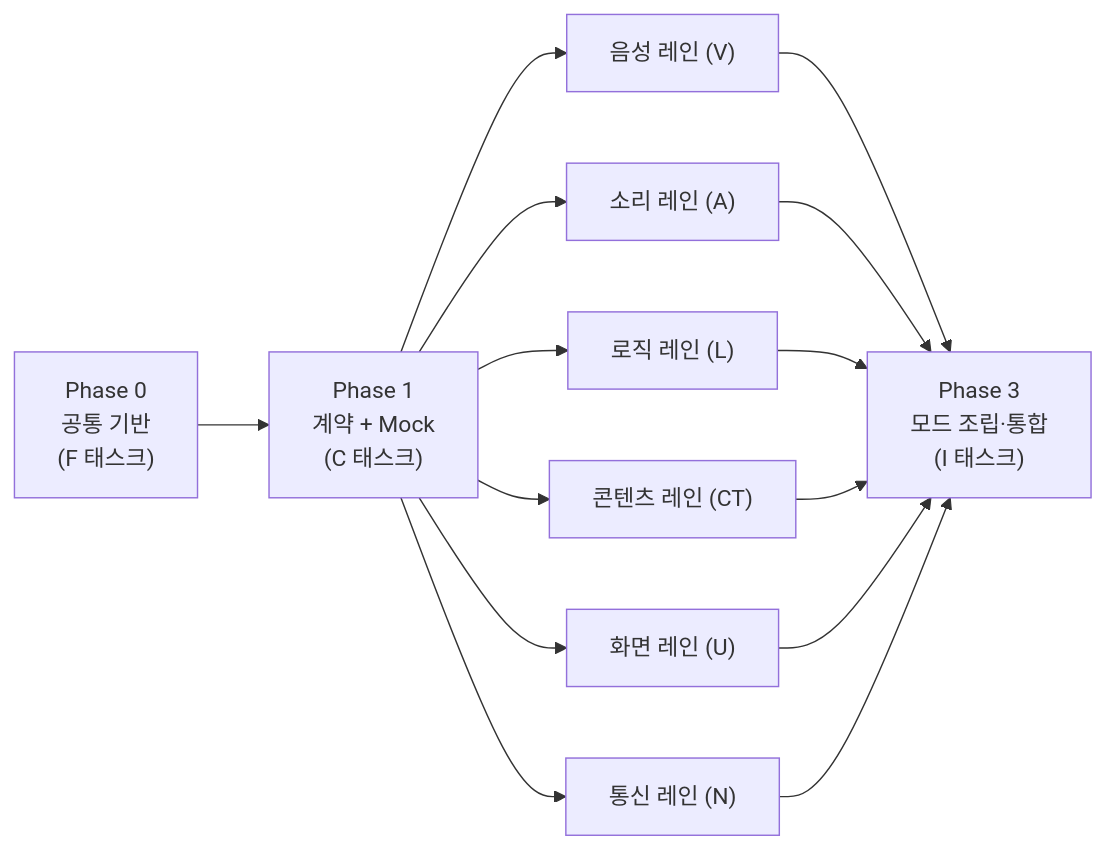
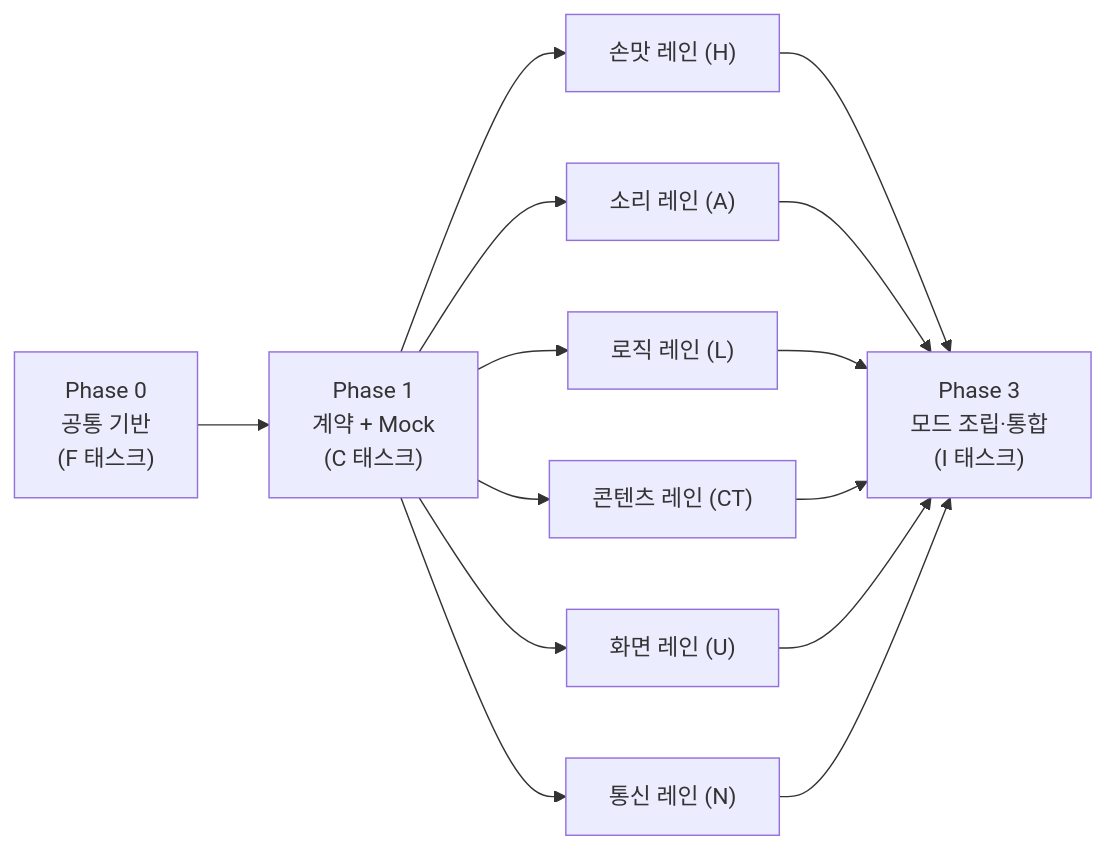
One commit to DeveloperAcademy-POSTECH/2026-C4-M07-Nanlizabeth changed the second of 3 diagrams in docs/ROADMAP.md. Above: the diagram before and after it, drawn with Mermaid. The commit also changed other lines of this file and 3 other files, not shown here.

````diff
--- a/docs/ROADMAP.md
+++ b/docs/ROADMAP.md
@@ -50,16 +50,16 @@
 ```mermaid
 flowchart LR
     P0["Phase 0<br/>공통 기반<br/>(F 태스크)"] --> P1["Phase 1<br/>계약 + Mock<br/>(C 태스크)"]
     P1 --> P2A["소리 레인 (A)"]
     P1 --> P2L["로직 레인 (L)"]
     P1 --> P2C["콘텐츠 레인 (CT)"]
     P1 --> P2U["화면 레인 (U)"]
     P1 --> P2N["통신 레인 (N)"]
-    P1 --> P2V["음성 레인 (V)"]
-    P2V --> P3["Phase 3<br/>모드 조립·통합<br/>(I 태스크)"]
+    P1 --> P2H["손맛 레인 (H)"]
+    P2H --> P3["Phase 3<br/>모드 조립·통합<br/>(I 태스크)"]
     P2A --> P3
     P2L --> P3
     P2C --> P3
     P2U --> P3
     P2N --> P3
 ```
````
